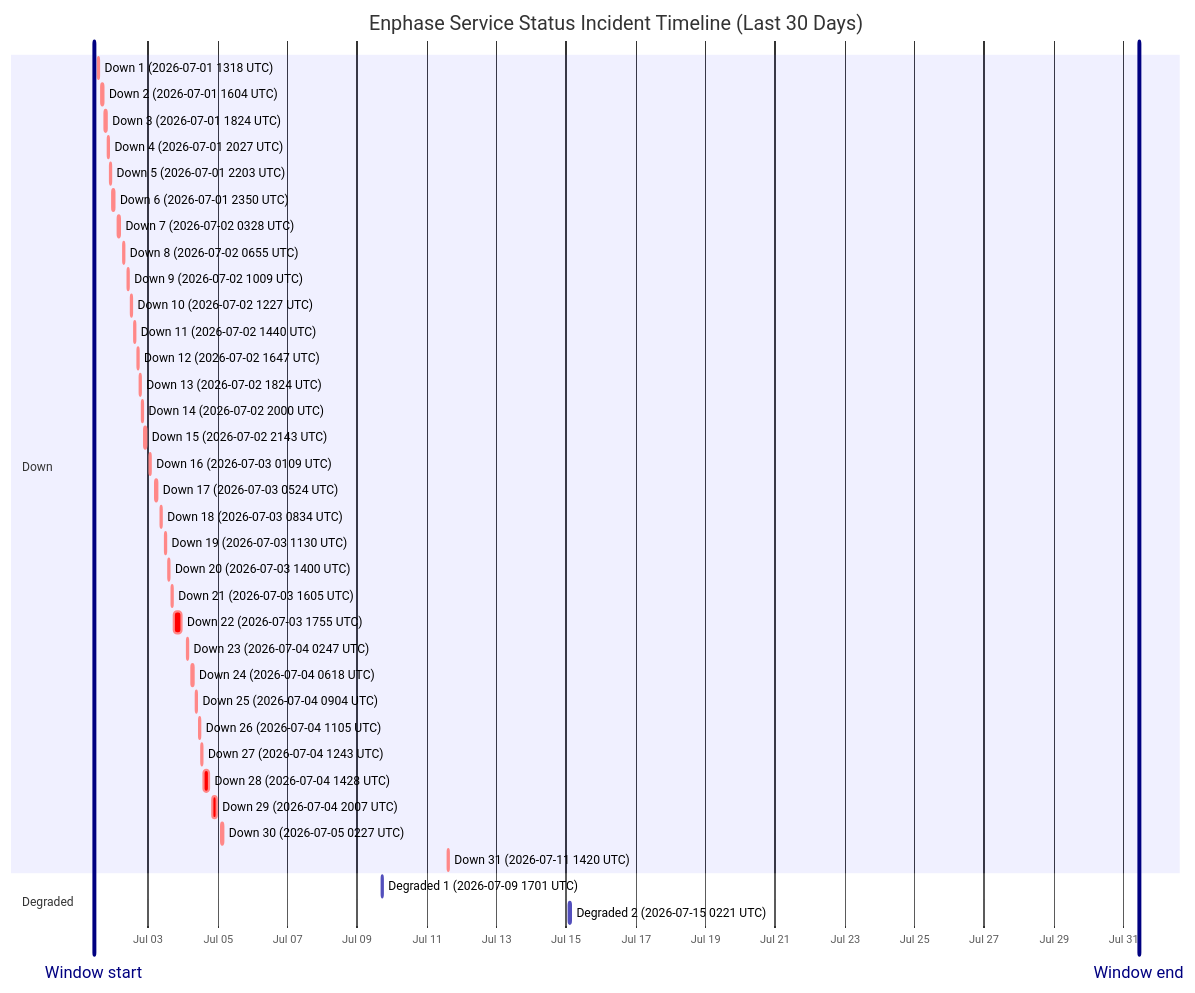
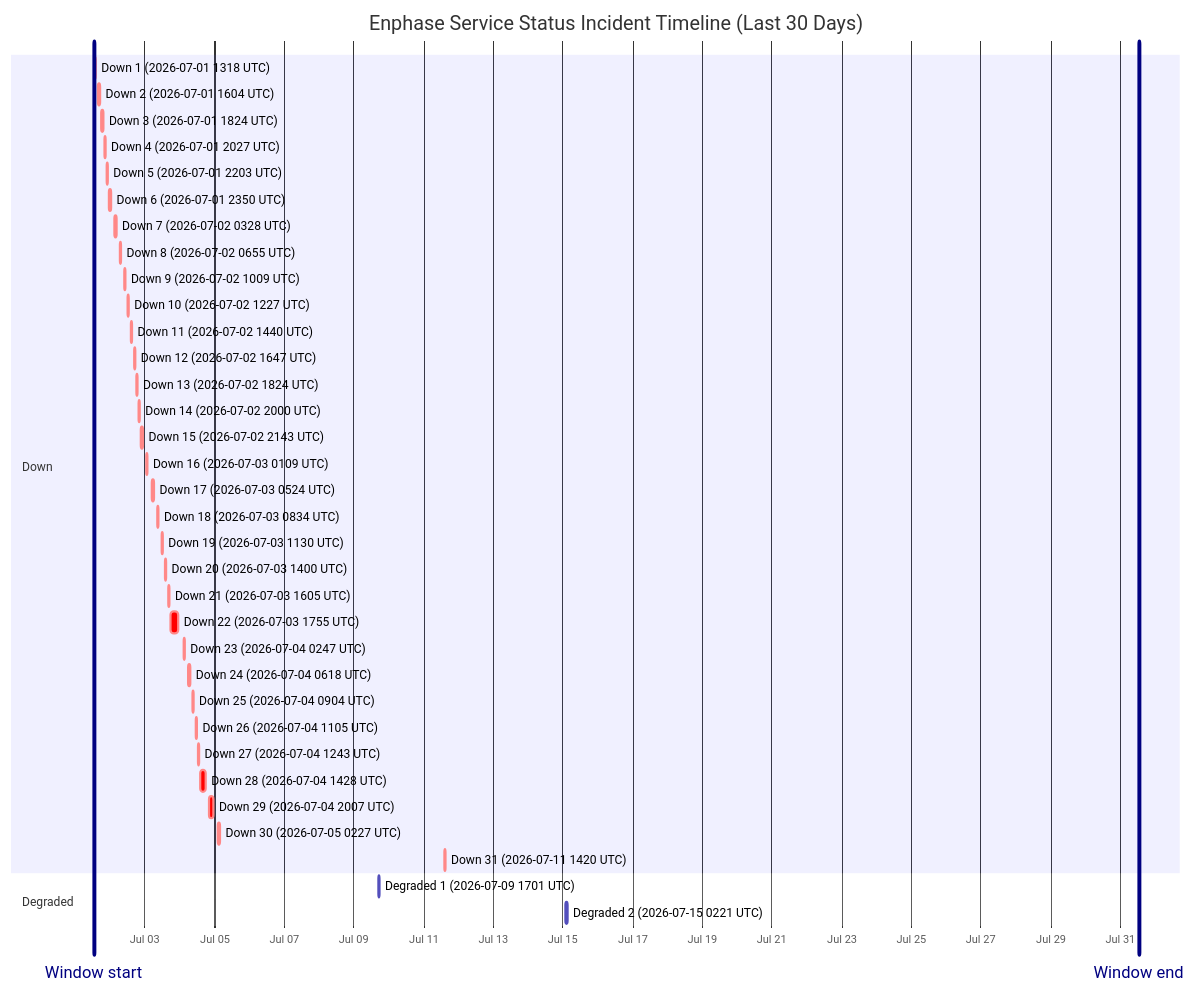
One commit to barneyonline/ha-enphase-energy changed the diagram in wiki/Service-Status-History.md. Above: the diagram before and after it, drawn with Mermaid. The commit also changed other lines of this file and 3 other files, not shown here.

````diff
--- a/wiki/Service-Status-History.md
+++ b/wiki/Service-Status-History.md
@@ -14,43 +14,43 @@
 ```mermaid
 gantt
     title Enphase Service Status Incident Timeline (Last 30 Days)
     dateFormat  YYYY-MM-DDTHH:mm:ss
     axisFormat  %b %d
-    Window start :vert, window-start, 2026-07-01T10:36:53, 0ms
-    Window end :vert, window-end, 2026-07-31T10:36:53, 0ms
+    Window start :vert, window-start, 2026-07-01T12:53:55, 0ms
+    Window end :vert, window-end, 2026-07-31T12:53:55, 0ms
     section Down
     Down 1 (2026-07-01 1318 UTC) :crit, down-1, 2026-07-01T13:18:31, 60m
     Down 2 (2026-07-01 1604 UTC) :crit, down-2, 2026-07-01T16:04:29, 60m
     Down 3 (2026-07-01 1824 UTC) :crit, down-3, 2026-07-01T18:24:21, 60m
     Down 4 (2026-07-01 2027 UTC) :crit, down-4, 2026-07-01T20:27:17, 60m
     Down 5 (2026-07-01 2203 UTC) :crit, down-5, 2026-07-01T22:03:46, 60m
     Down 6 (2026-07-01 2350 UTC) :crit, down-6, 2026-07-01T23:50:52, 60m
     Down 7 (2026-07-02 0328 UTC) :crit, down-7, 2026-07-02T03:28:33, 60m
     Down 8 (2026-07-02 0655 UTC) :crit, down-8, 2026-07-02T06:55:07, 60m
     Down 9 (2026-07-02 1009 UTC) :crit, down-9, 2026-07-02T10:09:15, 60m
     Down 10 (2026-07-02 1227 UTC) :crit, down-10, 2026-07-02T12:27:49, 60m
     Down 11 (2026-07-02 1440 UTC) :crit, down-11, 2026-07-02T14:40:53, 60m
     Down 12 (2026-07-02 1647 UTC) :crit, down-12, 2026-07-02T16:47:47, 60m
     Down 13 (2026-07-02 1824 UTC) :crit, down-13, 2026-07-02T18:24:26, 60m
     Down 14 (2026-07-02 2000 UTC) :crit, down-14, 2026-07-02T20:00:57, 60m
     Down 15 (2026-07-02 2143 UTC) :crit, down-15, 2026-07-02T21:43:52, 80m
     Down 16 (2026-07-03 0109 UTC) :crit, down-16, 2026-07-03T01:09:19, 60m
     Down 17 (2026-07-03 0524 UTC) :crit, down-17, 2026-07-03T05:24:23, 60m
     Down 18 (2026-07-03 0834 UTC) :crit, down-18, 2026-07-03T08:34:05, 60m
     Down 19 (2026-07-03 1130 UTC) :crit, down-19, 2026-07-03T11:30:41, 60m
     Down 20 (2026-07-03 1400 UTC) :crit, down-20, 2026-07-03T14:00:48, 60m
     Down 21 (2026-07-03 1605 UTC) :crit, down-21, 2026-07-03T16:05:49, 60m
     Down 22 (2026-07-03 1755 UTC) :crit, down-22, 2026-07-03T17:55:54, 338m
     Down 23 (2026-07-04 0247 UTC) :crit, down-23, 2026-07-04T02:47:22, 60m
     Down 24 (2026-07-04 0618 UTC) :crit, down-24, 2026-07-04T06:18:09, 60m
     Down 25 (2026-07-04 0904 UTC) :crit, down-25, 2026-07-04T09:04:41, 60m
     Down 26 (2026-07-04 1105 UTC) :crit, down-26, 2026-07-04T11:05:21, 60m
     Down 27 (2026-07-04 1243 UTC) :crit, down-27, 2026-07-04T12:43:25, 60m
     Down 28 (2026-07-04 1428 UTC) :crit, down-28, 2026-07-04T14:28:07, 243m
     Down 29 (2026-07-04 2007 UTC) :crit, down-29, 2026-07-04T20:07:50, 206m
     Down 30 (2026-07-05 0227 UTC) :crit, down-30, 2026-07-05T02:27:32, 109m
     Down 31 (2026-07-11 1420 UTC) :crit, down-31, 2026-07-11T14:20:54, 69m
     section Degraded
     Degraded 1 (2026-07-09 1701 UTC) :active, degraded-1, 2026-07-09T17:01:02, 60m
     Degraded 2 (2026-07-15 0221 UTC) :active, degraded-2, 2026-07-15T02:21:35, 60m
 ```
````
